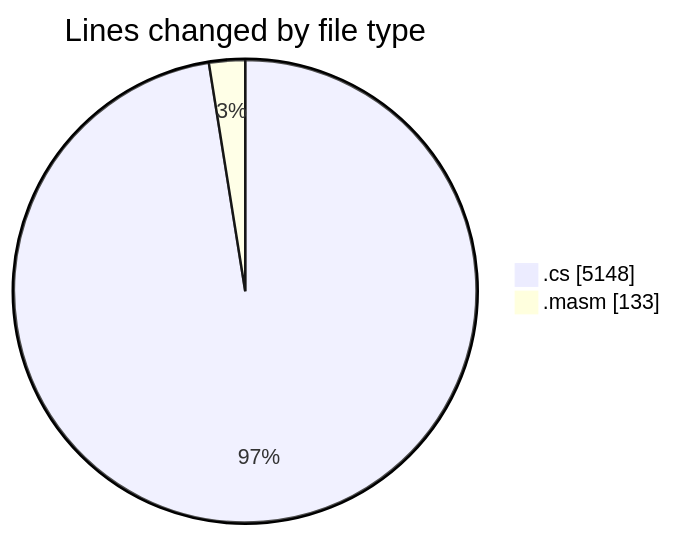
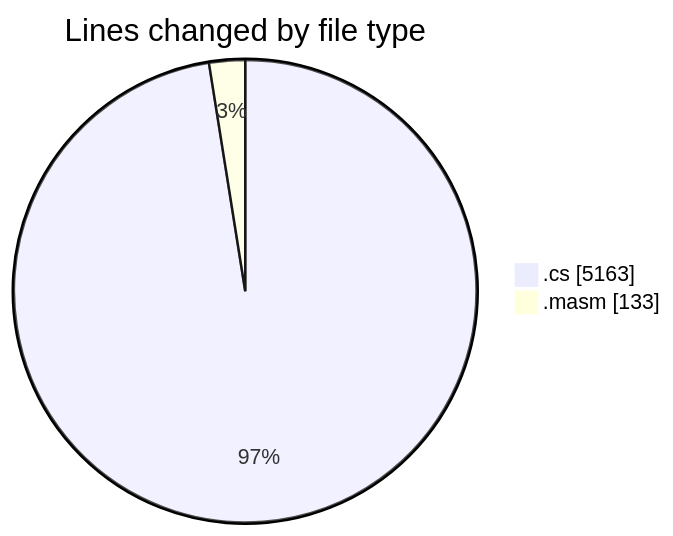
One commit to charlie-sans/code-tracking changed the first of 2 diagrams in 2025-03-17/sharpmasm/README.md. Above: the diagram before and after it, drawn with Mermaid. The commit also changed other lines of this file and 1 other file, not shown here.

````diff
--- a/2025-03-17/sharpmasm/README.md
+++ b/2025-03-17/sharpmasm/README.md
@@ -26,6 +26,6 @@
 ```mermaid
 pie showData
 title Lines changed by file type
-".cs" : 5148
+".cs" : 5163
 ".masm" : 133
 ```
````
